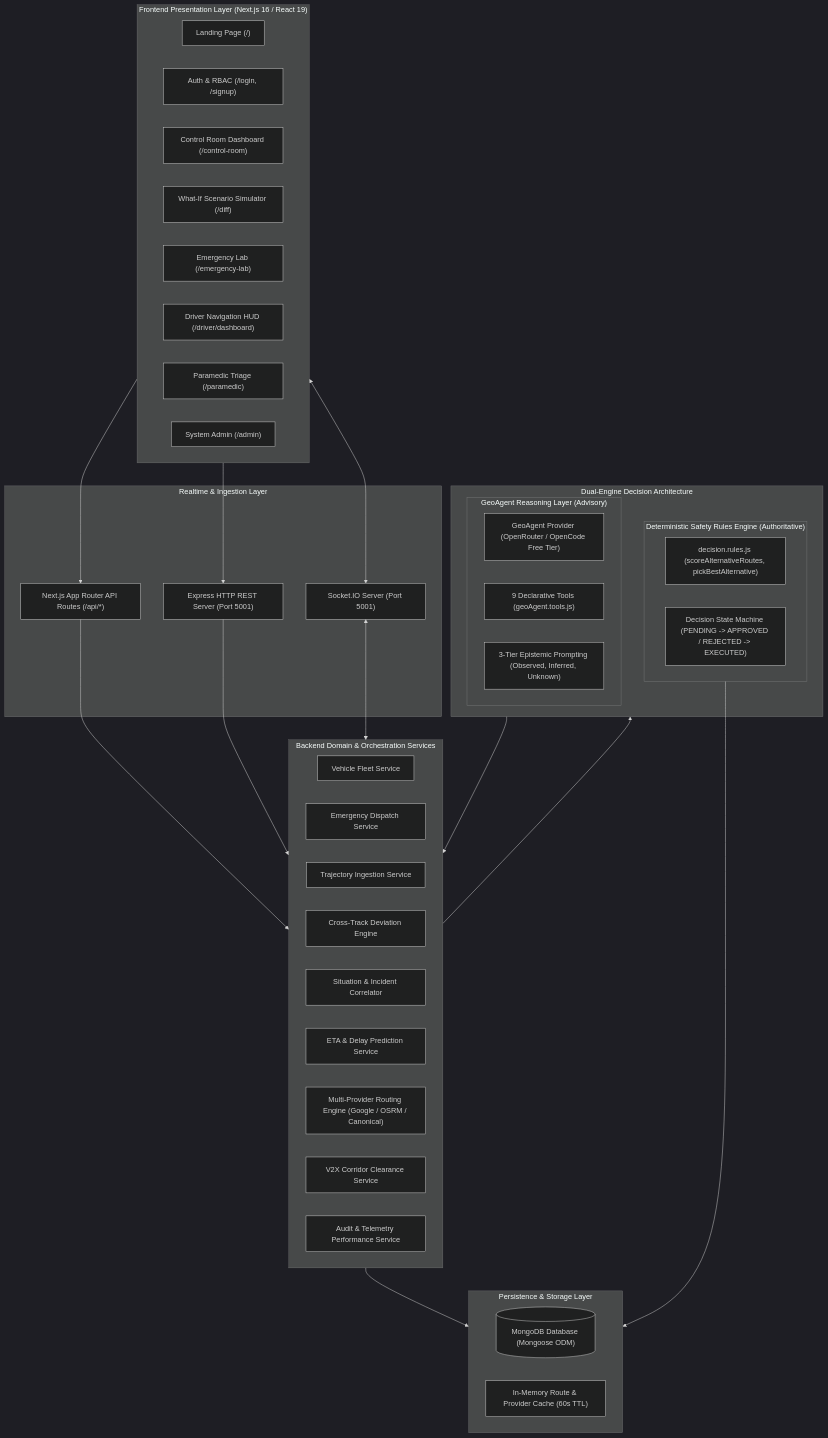
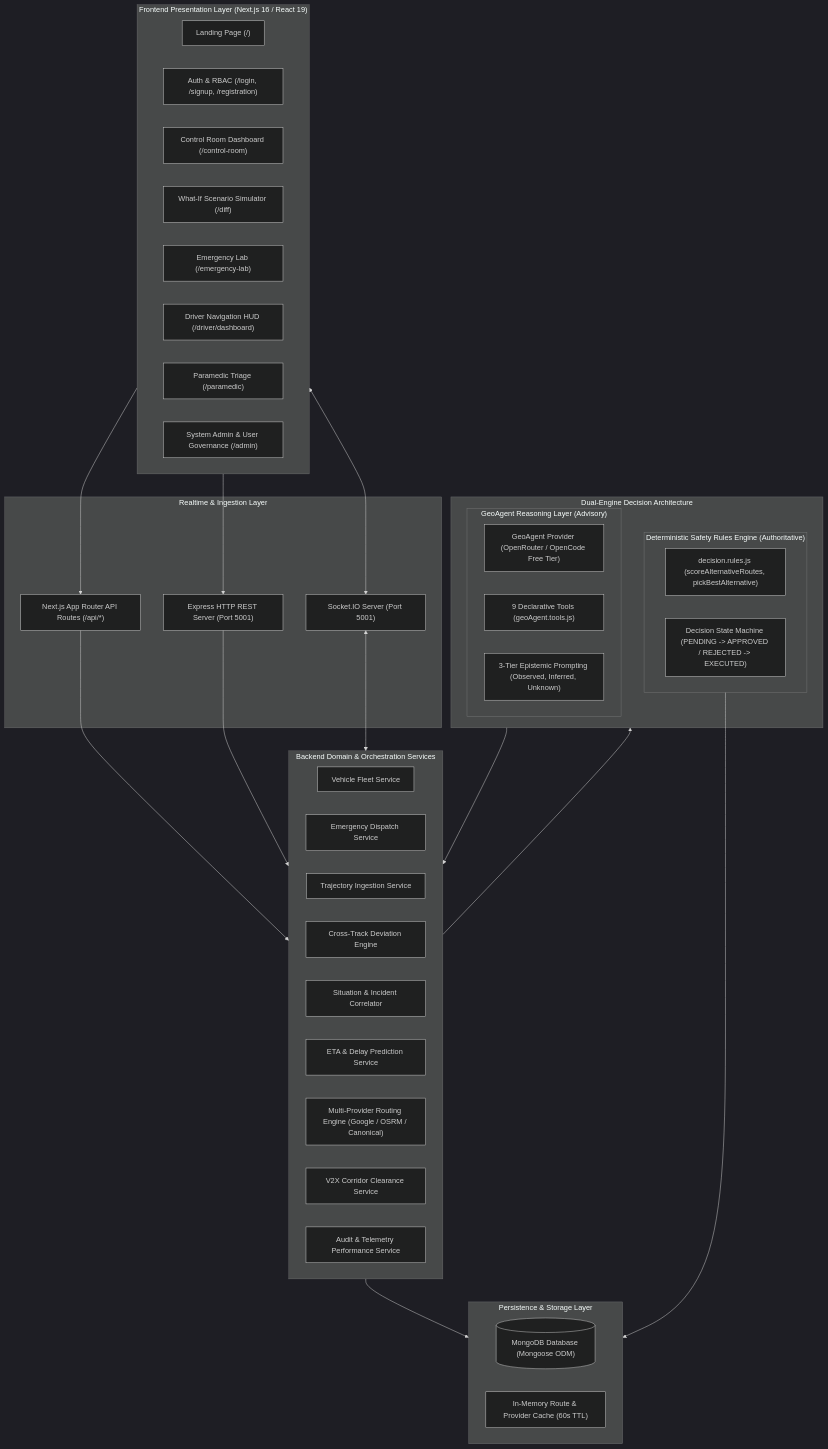
One commit to SwiftCareSC7/geoagent-emegency-project changed the first of 7 diagrams in docs/SWIFTCARE-ARCHITECTURE.md. Above: the diagram before and after it, drawn with Mermaid (dark theme). The commit also changed other lines of this file and 398 other files, not shown here.

Commit message:
feat(ai-toolkit & auth): integrate 4-agent AI coding toolkit, Graft context graph, and multi-workspace RBAC auth

````diff
--- a/docs/SWIFTCARE-ARCHITECTURE.md
+++ b/docs/SWIFTCARE-ARCHITECTURE.md
@@ -11,62 +11,62 @@
 ```mermaid
 graph TB
     subgraph ClientLayer["Frontend Presentation Layer (Next.js 16 / React 19)"]
         Landing["Landing Page (/)"]
-        AuthUI["Auth & RBAC (/login, /signup)"]
+        AuthUI["Auth & RBAC (/login, /signup, /registration)"]
         ControlRoom["Control Room Dashboard (/control-room)"]
         DiffSim["What-If Scenario Simulator (/diff)"]
         EmergencyLab["Emergency Lab (/emergency-lab)"]
         DriverHUD["Driver Navigation HUD (/driver/dashboard)"]
         ParamedicUI["Paramedic Triage (/paramedic)"]
-        AdminConsole["System Admin (/admin)"]
+        AdminConsole["System Admin & User Governance (/admin)"]
     end
 
     subgraph TransportLayer["Realtime & Ingestion Layer"]
         SocketServer["Socket.IO Server (Port 5001)"]
         HttpServer["Express HTTP REST Server (Port 5001)"]
         NextApiRouter["Next.js App Router API Routes (/api/*)"]
     end
 
     subgraph DomainServices["Backend Domain & Orchestration Services"]
         VehicleService["Vehicle Fleet Service"]
         EmergencyService["Emergency Dispatch Service"]
         TrajectoryService["Trajectory Ingestion Service"]
         DeviationService["Cross-Track Deviation Engine"]
         AnalysisService["Situation & Incident Correlator"]
         PredictionService["ETA & Delay Prediction Service"]
         RoutingService["Multi-Provider Routing Engine (Google / OSRM / Canonical)"]
         ClearanceService["V2X Corridor Clearance Service"]
         AdminService["Audit & Telemetry Performance Service"]
     end
 
     subgraph IntelligenceLayer["Dual-Engine Decision Architecture"]
         subgraph DeterministicEngine["Deterministic Safety Rules Engine (Authoritative)"]
             DecisionRules["decision.rules.js (scoreAlternativeRoutes, pickBestAlternative)"]
             StateFSM["Decision State Machine (PENDING -> APPROVED / REJECTED -> EXECUTED)"]
         end
 
         subgraph GenerativeAgent["GeoAgent Reasoning Layer (Advisory)"]
             GeoAgentClient["GeoAgent Provider (OpenRouter / OpenCode Free Tier)"]
             AgentTools["9 Declarative Tools (geoAgent.tools.js)"]
             EpistemicPrompt["3-Tier Epistemic Prompting (Observed, Inferred, Unknown)"]
         end
     end
 
     subgraph DataStore["Persistence & Storage Layer"]
         MongoDb[("MongoDB Database (Mongoose ODM)")]
         InMemCache["In-Memory Route & Provider Cache (60s TTL)"]
     end
 
     ClientLayer --> NextApiRouter
     ClientLayer --> HttpServer
     ClientLayer <--> SocketServer
 
     NextApiRouter --> DomainServices
     HttpServer --> DomainServices
     SocketServer <--> DomainServices
 
     DomainServices --> IntelligenceLayer
     IntelligenceLayer --> DomainServices
     DomainServices --> DataStore
     DeterministicEngine --> DataStore
 ```
````
